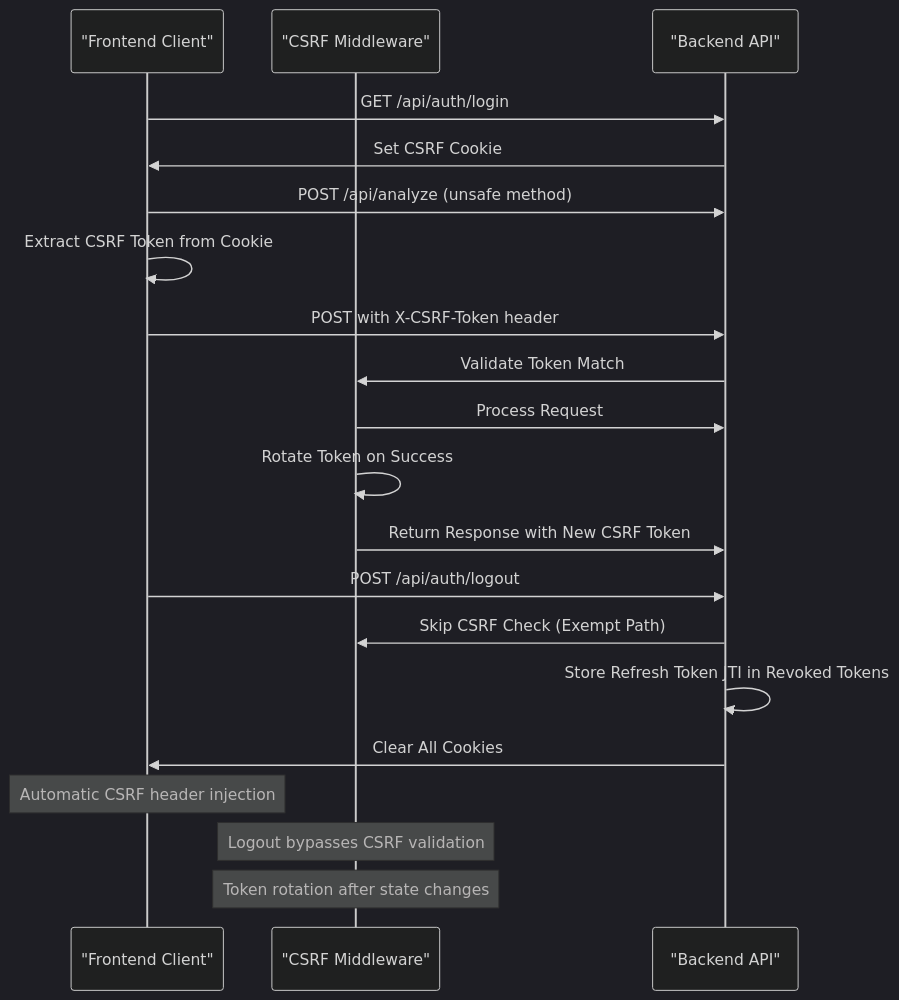
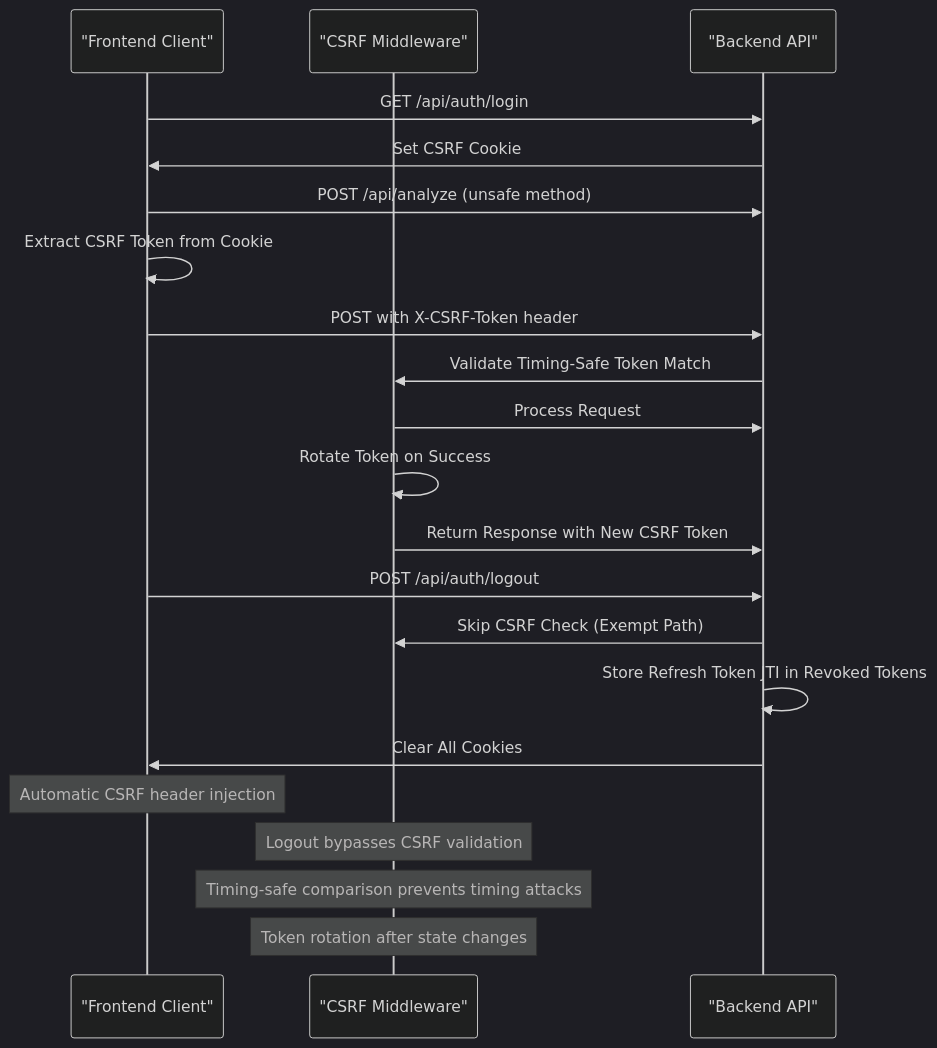
Before and after one commit to Revanththetalogics/aireume: the sixth of 7 diagrams in .qoder/repowiki/en/content/Advanced Topics/Security Hardening/CSRF Protection Middleware.md, drawn with Mermaid (dark theme). The commit also changed other lines of this file and 15 other files, not shown here.

````diff
--- a/.qoder/repowiki/en/content/Advanced Topics/Security Hardening/CSRF Protection Middleware.md
+++ b/.qoder/repowiki/en/content/Advanced Topics/Security Hardening/CSRF Protection Middleware.md
@@ -309,22 +320,23 @@
 ```mermaid
 sequenceDiagram
 participant Frontend as "Frontend Client"
 participant CSRF as "CSRF Middleware"
 participant Backend as "Backend API"
 Frontend->>Backend : GET /api/auth/login
 Backend->>Frontend : Set CSRF Cookie
 Frontend->>Backend : POST /api/analyze (unsafe method)
 Frontend->>Frontend : Extract CSRF Token from Cookie
 Frontend->>Backend : POST with X-CSRF-Token header
-Backend->>CSRF : Validate Token Match
+Backend->>CSRF : Validate Timing-Safe Token Match
 CSRF->>Backend : Process Request
 CSRF->>CSRF : Rotate Token on Success
 CSRF->>Backend : Return Response with New CSRF Token
 Frontend->>Backend : POST /api/auth/logout
 Backend->>CSRF : Skip CSRF Check (Exempt Path)
 Backend->>Backend : Store Refresh Token JTI in Revoked Tokens
 Backend->>Frontend : Clear All Cookies
 Note over Frontend : Automatic CSRF header injection
 Note over CSRF : Logout bypasses CSRF validation
+Note over CSRF : Timing-safe comparison prevents timing attacks
 Note over CSRF : Token rotation after state changes
 ```
````
